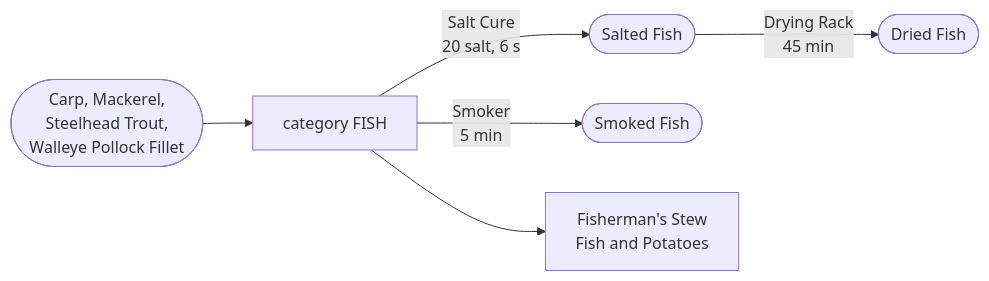
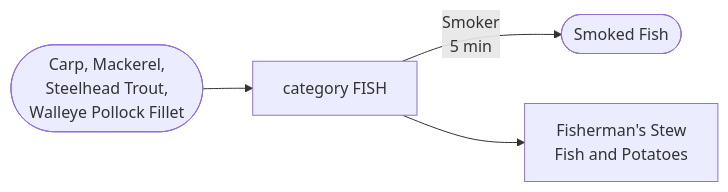
The tenth of 14 diagrams in ChefZ_Wiki/Production-Chains.md (Psyern/Psyerns_ChefZ), drawn with Mermaid before and after one commit. The commit also changed other lines of this file and 359 other files, not shown here.

````diff
--- a/ChefZ_Wiki/Production-Chains.md
+++ b/ChefZ_Wiki/Production-Chains.md
@@ -418,8 +418,6 @@
 ```mermaid
 graph LR
   F(["Carp, Mackerel,<br/>Steelhead Trout,<br/>Walleye Pollock Fillet"]) --> CAT["category FISH"]
-  CAT -->|"Salt Cure<br/>20 salt, 6 s"| SF(["Salted Fish"])
-  SF -->|"Drying Rack<br/>45 min"| DF(["Dried Fish"])
   CAT -->|"Smoker<br/>5 min"| SMF(["Smoked Fish"])
   CAT --> R["Fisherman's Stew<br/>Fish and Potatoes"]
 ```
````
